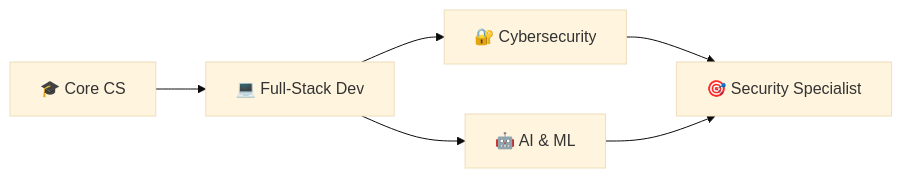
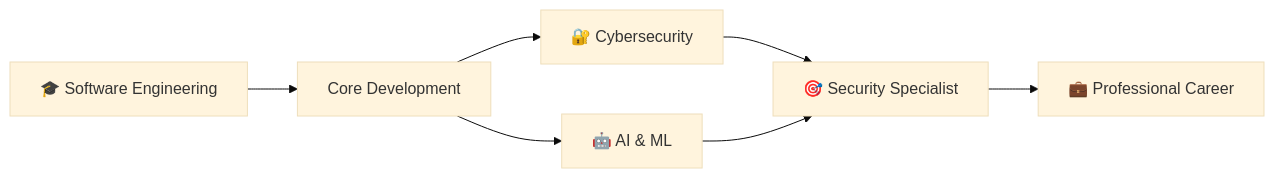
Before and after one commit to IsviCastillo/IsviCastillo: the diagram in README.md, drawn with Mermaid (base theme). The commit also changed other lines of this file, not shown here.

````diff
--- a/README.md
+++ b/README.md
@@ -62,8 +70,9 @@
 ```mermaid
 graph LR
-    A[🎓 Core CS] --> B[💻 Full-Stack Dev]
+    A[🎓 Software Engineering] --> B[Core Development]
     B --> C[🔐 Cybersecurity]
     B --> D[🤖 AI & ML]
     C --> E[🎯 Security Specialist]
     D --> E
+    E --> F[💼 Professional Career]
 ```
````
